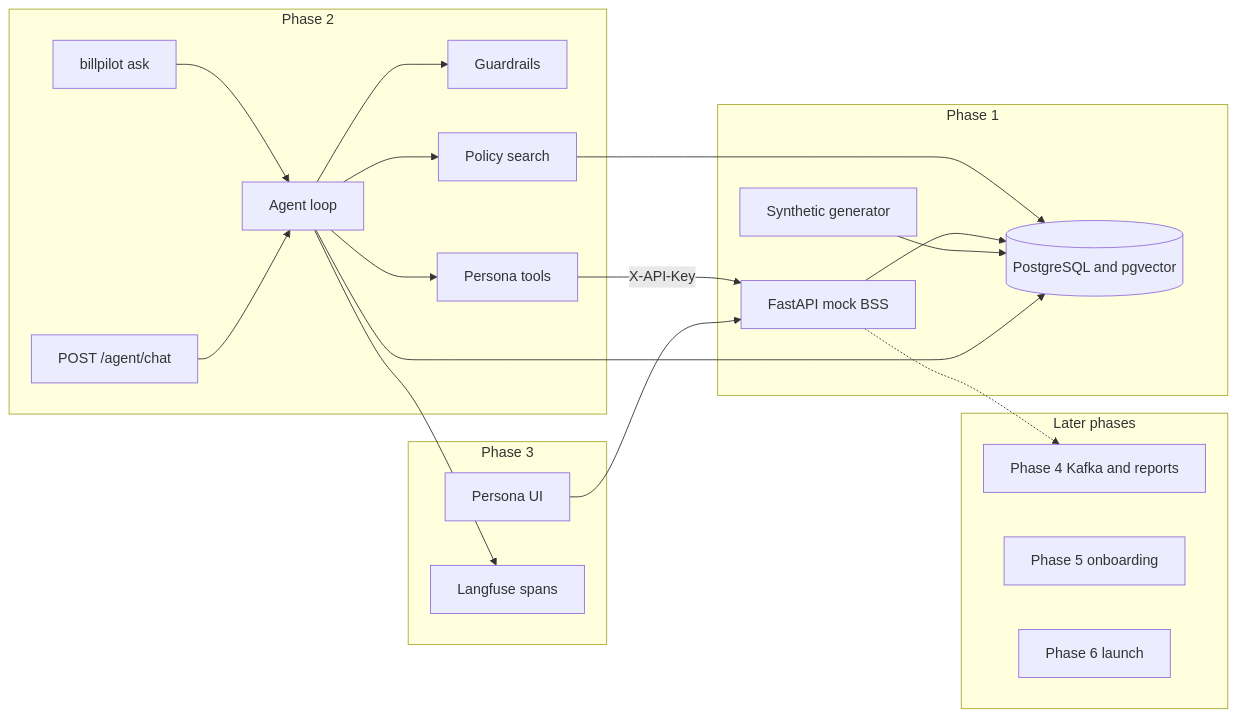
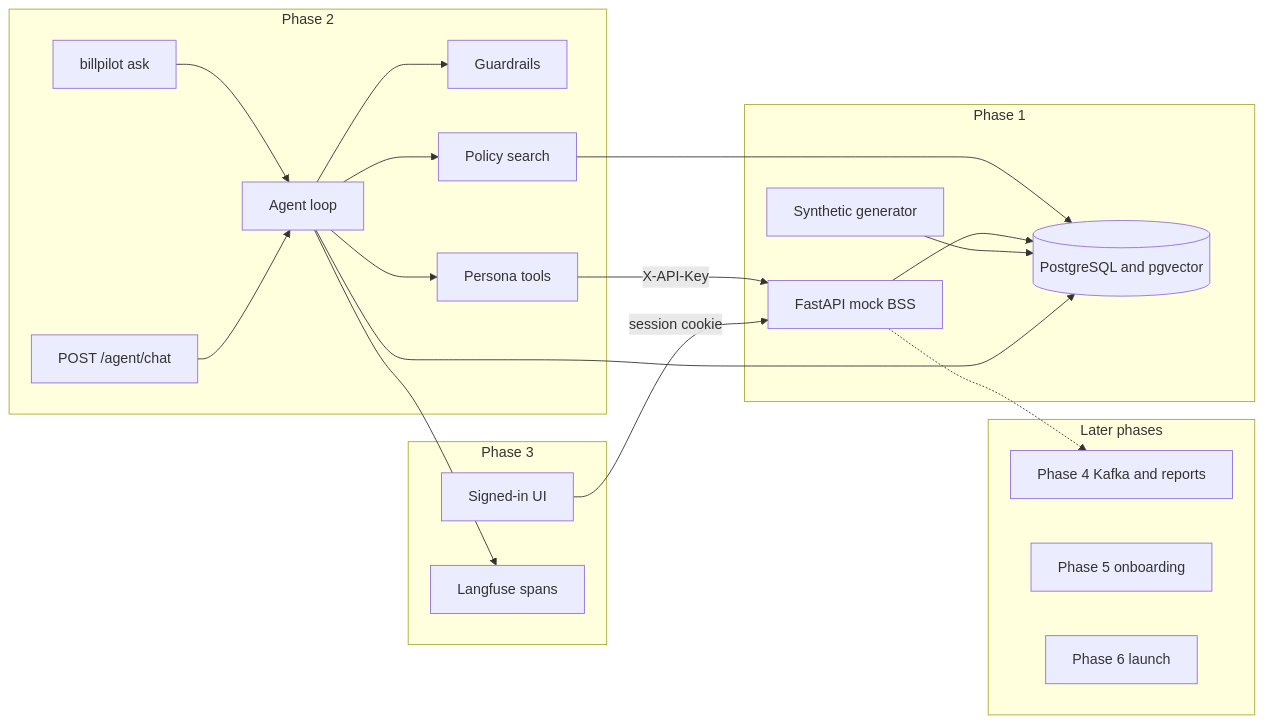
One commit to ajay206/billpilot changed the diagram in README.md. Above: the diagram before and after it, drawn with Mermaid. The commit also changed other lines of this file and 52 other files, not shown here.

````diff
--- a/README.md
+++ b/README.md
@@ -15,38 +15,38 @@
 ```mermaid
 flowchart LR
   subgraph phase2 [Phase 2]
     CLI[billpilot ask]
     Chat[POST /agent/chat]
     Loop[Agent loop]
     Guard[Guardrails]
     Tools[Persona tools]
     RAG[Policy search]
   end
   subgraph phase1 [Phase 1]
     API[FastAPI mock BSS]
     DB[(PostgreSQL and pgvector)]
     Gen[Synthetic generator]
   end
   subgraph phase3 [Phase 3]
-    UI[Persona UI]
+    UI[Signed-in UI]
     Trace[Langfuse spans]
   end
   subgraph later [Later phases]
     Broker["Phase 4 Kafka and reports"]
     Onboard[Phase 5 onboarding]
     Launch[Phase 6 launch]
   end
   CLI --> Loop
   Chat --> Loop
   Loop --> Guard
   Loop --> Tools
   Loop --> RAG
   Tools -->|X-API-Key| API
   RAG --> DB
   API --> DB
   Gen --> DB
   Loop --> DB
-  UI --> API
+  UI -->|session cookie| API
   Loop --> Trace
   API -.-> Broker
 ```
````
